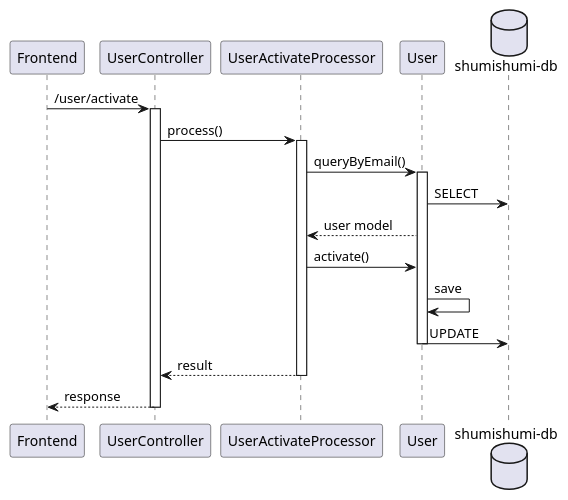
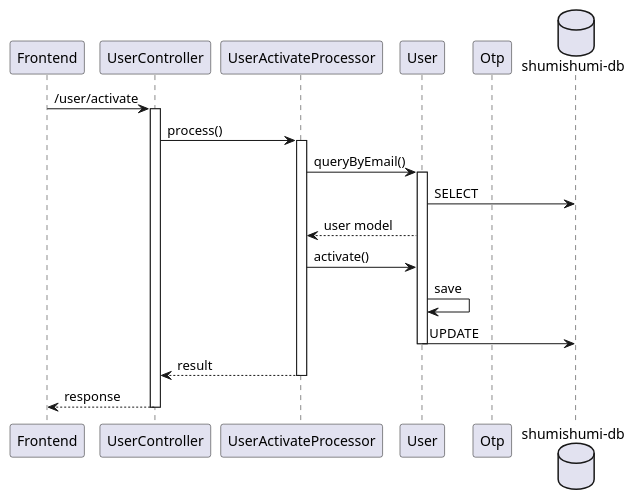
Before and after one commit to aldihsuhandi/skripsi-2023: the diagram in uml diagram/sequence diagram/BE/user controller/activate.pu, drawn with PlantUML. The commit also changed 5 other files, not shown here.

```diff
--- a/uml diagram/sequence diagram/BE/user controller/activate.pu
+++ b/uml diagram/sequence diagram/BE/user controller/activate.pu
@@ -1,27 +1,28 @@
 @startuml activate
 participant "Frontend" as fe
 participant "UserController" as uc
 
 participant "UserActivateProcessor" as proc
 
 participant "User" as um
+participant "Otp" as om
 
 database "shumishumi-db" as db
 
 fe -> uc++ : /user/activate
 uc -> proc++ : process()
 
 proc -> um++ : queryByEmail()
 um -> db : SELECT
 proc <-- um : user model
 
 proc -> um : activate()
 um -> um : save
 um -> db : UPDATE
 
 deactivate um
 
 return result
 return response
 
 @enduml
```
